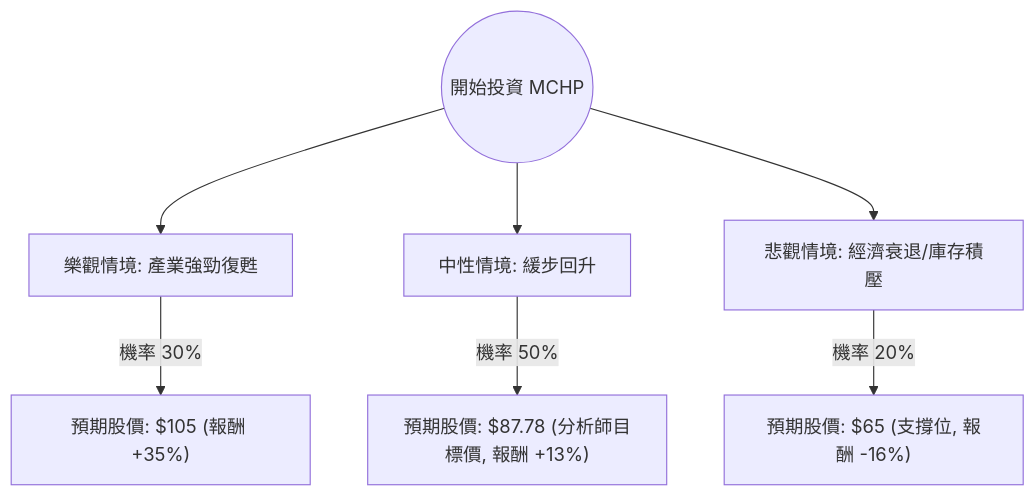
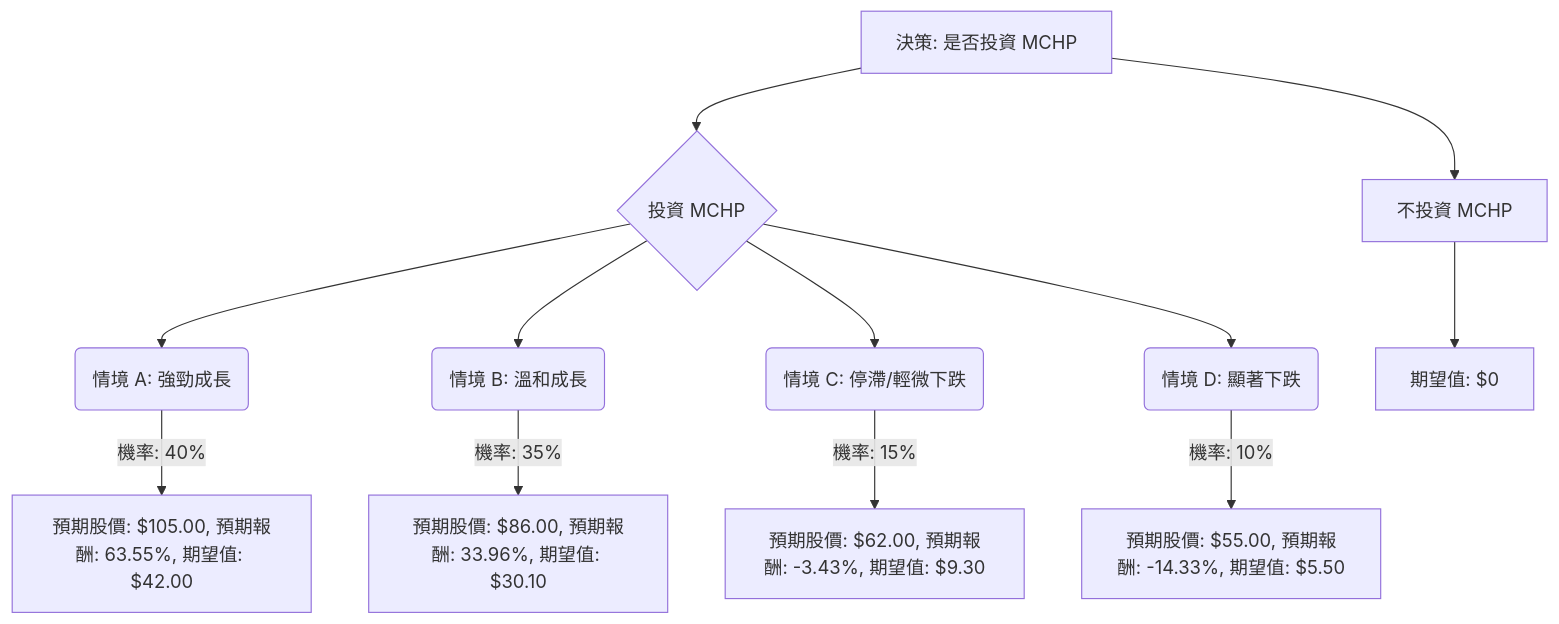
One commit to zmcx16/zmcx16.github.io changed the diagram in plugin-react/ai-analysis/ev-analysis/MCHP.md. Above: the diagram before and after it, drawn with Mermaid. The commit also changed other lines of this file and 51 other files, not shown here.

````diff
--- a/plugin-react/ai-analysis/ev-analysis/MCHP.md
+++ b/plugin-react/ai-analysis/ev-analysis/MCHP.md
@@ -19,10 +11,17 @@
 ```mermaid
 graph TD
-    Start((開始投資 MCHP)) --> Bull[樂觀情境: 產業強勁復甦]
-    Start --> Base[中性情境: 緩步回升]
-    Start --> Bear[悲觀情境: 經濟衰退/庫存積壓]
+    A[決策: 是否投資 MCHP] --> B{投資 MCHP}
+    A --> E[不投資 MCHP]
 
-    Bull -- "機率 30%" --> BullVal["預期股價: $105 (報酬 +35%)"]
-    Base -- "機率 50%" --> BaseVal["預期股價: $87.78 (分析師目標價, 報酬 +13%)"]
-    Bear -- "機率 20%" --> BearVal["預期股價: $65 (支撐位, 報酬 -16%)"]
+    B --> C1(情境 A: 強勁成長)
+    B --> C2(情境 B: 溫和成長)
+    B --> C3(情境 C: 停滯/輕微下跌)
+    B --> C4(情境 D: 顯著下跌)
+
+    C1 -- 機率: 40% --> D1[預期股價: $105.00, 預期報酬: 63.55%, 期望值: $42.00]
+    C2 -- 機率: 35% --> D2[預期股價: $86.00, 預期報酬: 33.96%, 期望值: $30.10]
+    C3 -- 機率: 15% --> D3[預期股價: $62.00, 預期報酬: -3.43%, 期望值: $9.30]
+    C4 -- 機率: 10% --> D4[預期股價: $55.00, 預期報酬: -14.33%, 期望值: $5.50]
+
+    E --> F[期望值: $0]
 ```
````
